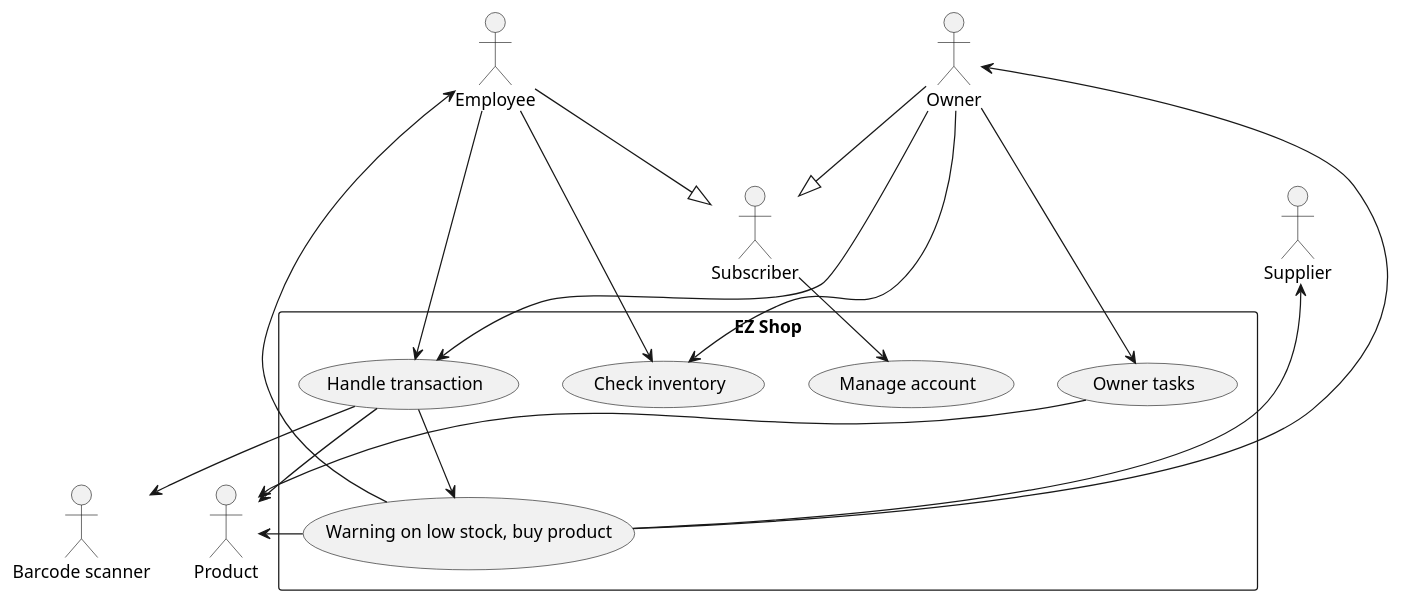
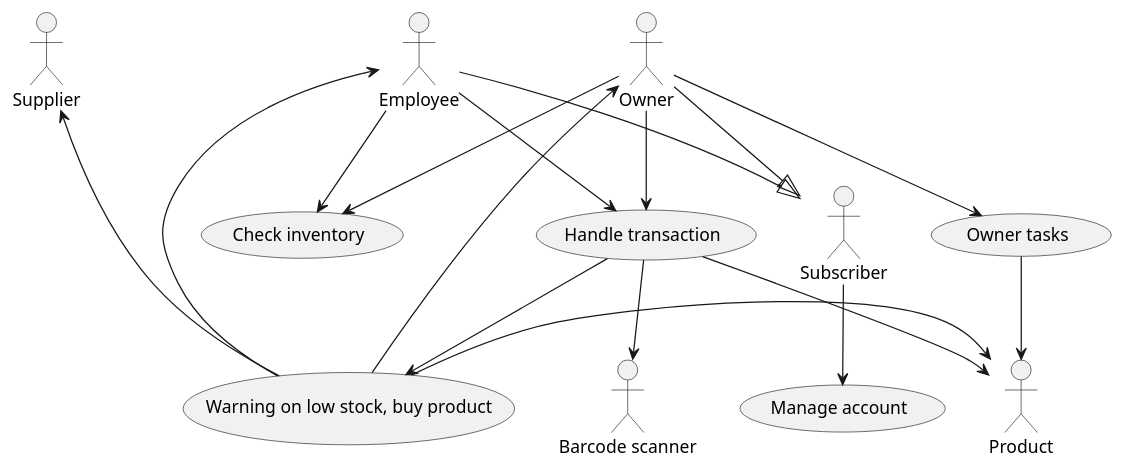
The second of 7 diagrams in Deliverables/RequirementsDocument.md (nicolabattaglino/ezshop), drawn with PlantUML before and after one commit. The commit also changed other lines of this file and 1 other file, not shown here.

Commit message:
added gui description relative to uc 2,3,4

````diff
--- a/Deliverables/RequirementsDocument.md
+++ b/Deliverables/RequirementsDocument.md
@@ -203,39 +203,37 @@
 ```plantuml
 @startuml
 
-rectangle "EZ Shop" as EZShop{
+
 "Warning on low stock, buy product" as (warning)
 "Handle transaction" as (handleTransaction)
 
 "Check inventory" as (checkInventory)
 "Manage account" as (manageAccount)
 "Owner tasks" as (ownerTasks)
 
-
-}
 
 "Owner" as owner
 "Employee" as employee
 "Subscriber" as subscriber
 "Supplier" as supplier
 "Product" as product
 "Barcode scanner" as bcScanner
 owner-->(checkInventory)
 employee -->(checkInventory)
 owner --> (ownerTasks)
 (handleTransaction)->product
 (handleTransaction) --> bcScanner
 owner<---(warning)
 employee<---(warning)
 supplier<---(warning)
 (warning)->product
 (ownerTasks)->product
 owner-->(handleTransaction)
 
 owner--|> subscriber
 employee --|>subscriber
 subscriber -->(manageAccount)
 employee-->(handleTransaction)
 (handleTransaction) --> (warning)
 @enduml
 ```
````
